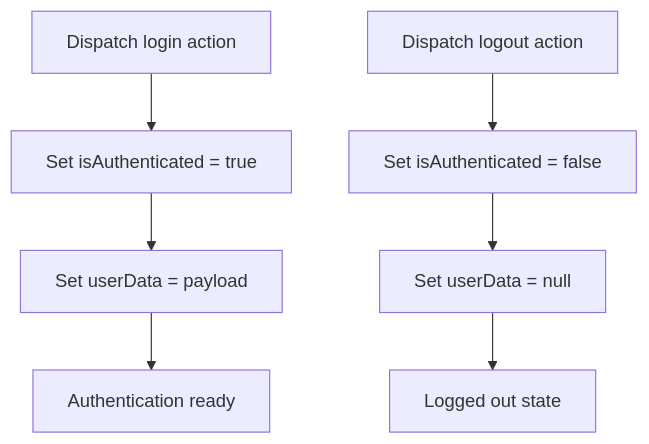
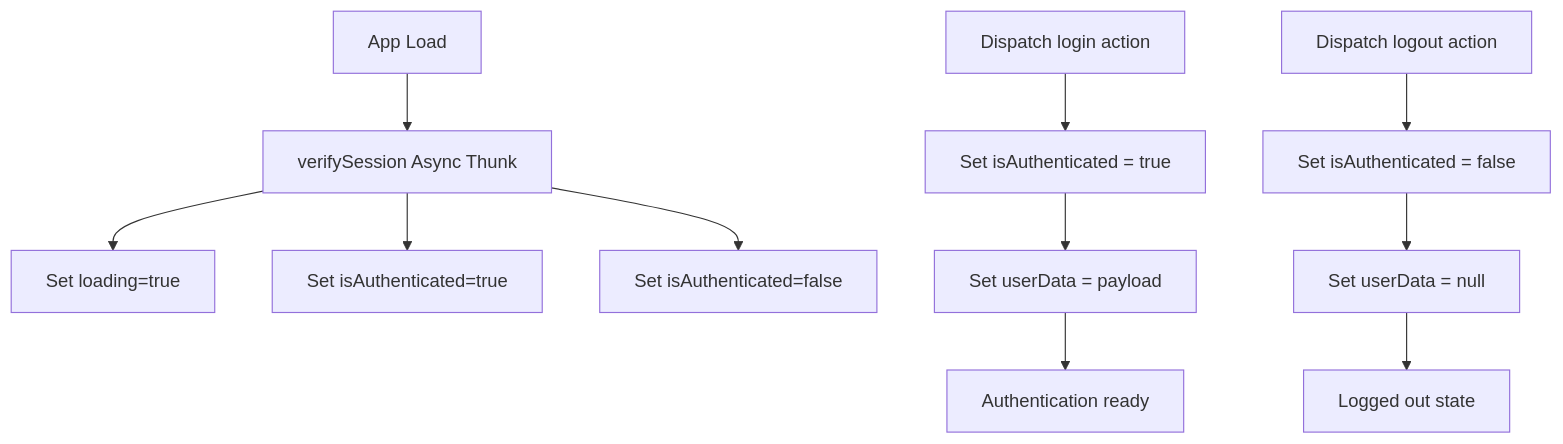
The seventh of 11 diagrams in .qoder/repowiki/en/content/Authentication & Authorization/Authentication & Authorization.md (Aryan9060/Timetable-Project), drawn with Mermaid before and after one commit. The commit also changed other lines of this file and 7 other files, not shown here.

````diff
--- a/.qoder/repowiki/en/content/Authentication & Authorization/Authentication & Authorization.md
+++ b/.qoder/repowiki/en/content/Authentication & Authorization/Authentication & Authorization.md
@@ -366,9 +378,13 @@
 ```mermaid
 flowchart TD
+LoadApp["App Load"] --> VerifySession["verifySession Async Thunk"]
+VerifySession --> Pending["Set loading=true"]
+VerifySession --> Success["Set isAuthenticated=true"]
+VerifySession --> Failed["Set isAuthenticated=false"]
 LoginAction["Dispatch login action"] --> SetAuth["Set isAuthenticated = true"]
 SetAuth --> SetUser["Set userData = payload"]
 SetUser --> Ready["Authentication ready"]
 LogoutAction["Dispatch logout action"] --> ClearAuth["Set isAuthenticated = false"]
 ClearAuth --> ClearUser["Set userData = null"]
 ClearUser --> LoggedOut["Logged out state"]
 ```
````
